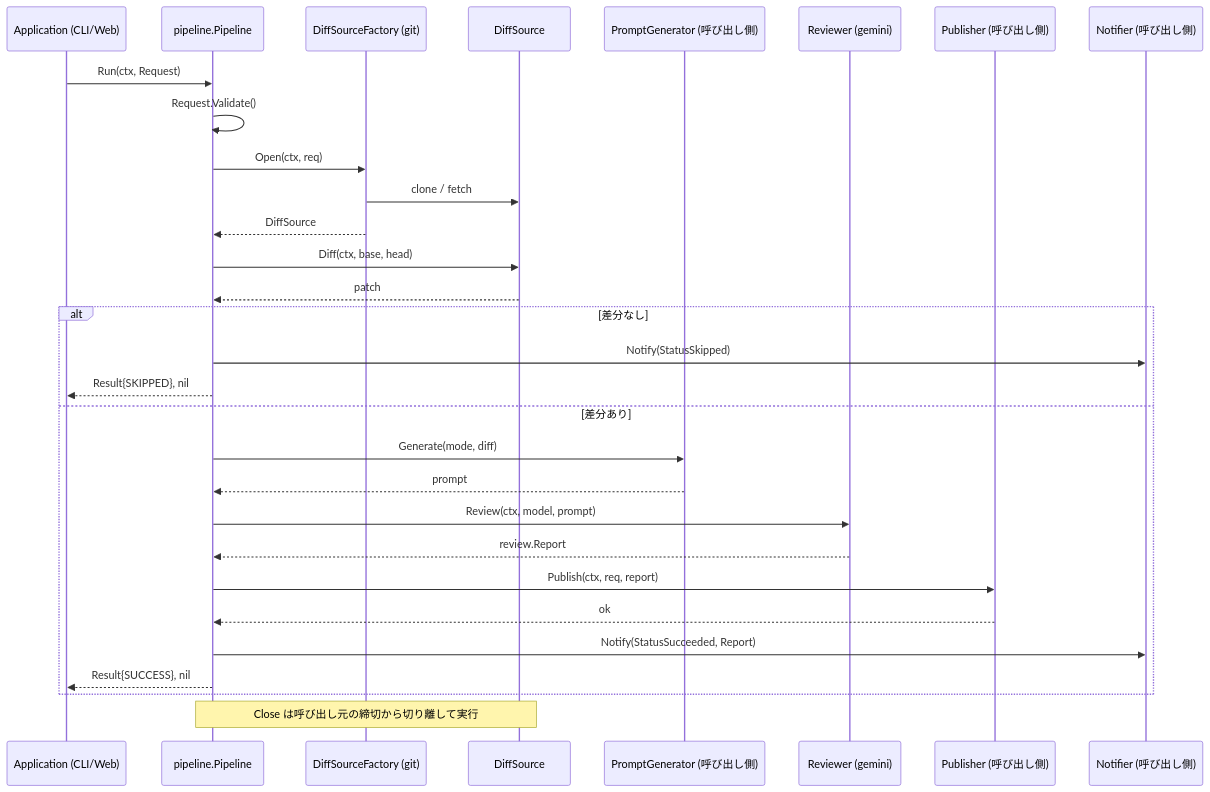
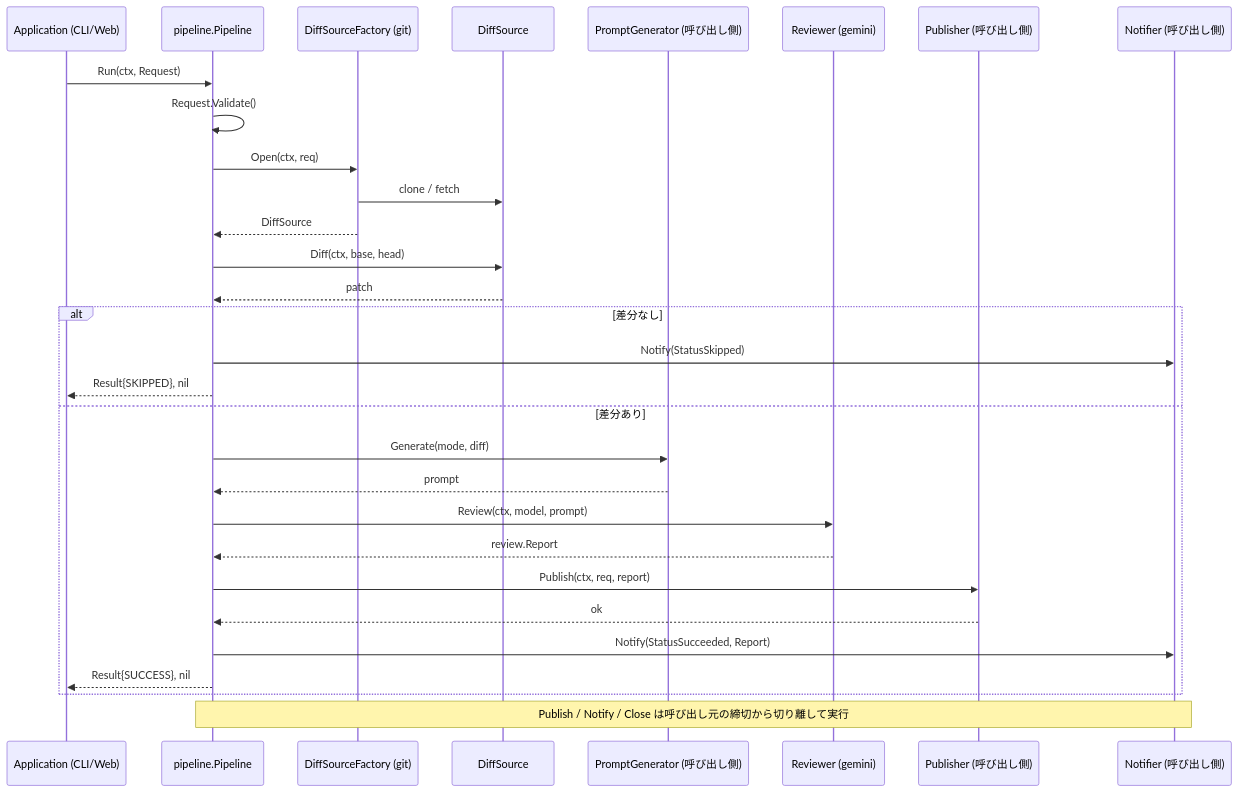
One commit to shouni/go-review-kit changed the diagram in README.md. Above: the diagram before and after it, drawn with Mermaid. The commit also changed other lines of this file and 1 other file, not shown here.

````diff
--- a/README.md
+++ b/README.md
@@ -181,35 +194,35 @@
 ```mermaid
 sequenceDiagram
     participant App as Application (CLI/Web)
     participant PL as pipeline.Pipeline
     participant SF as DiffSourceFactory (git)
     participant DS as DiffSource
     participant PG as PromptGenerator (呼び出し側)
     participant AI as Reviewer (gemini)
     participant PB as Publisher (呼び出し側)
     participant NT as Notifier (呼び出し側)
 
     App->>PL: Run(ctx, Request)
     PL->>PL: Request.Validate()
     PL->>SF: Open(ctx, req)
     SF->>DS: clone / fetch
     SF-->>PL: DiffSource
     PL->>DS: Diff(ctx, base, head)
     DS-->>PL: patch
 
     alt 差分なし
         PL->>NT: Notify(StatusSkipped)
         PL-->>App: Result{SKIPPED}, nil
     else 差分あり
         PL->>PG: Generate(mode, diff)
         PG-->>PL: prompt
         PL->>AI: Review(ctx, model, prompt)
         AI-->>PL: review.Report
         PL->>PB: Publish(ctx, req, report)
         PB-->>PL: ok
         PL->>NT: Notify(StatusSucceeded, Report)
         PL-->>App: Result{SUCCESS}, nil
     end
 
-    Note over PL,DS: Close は呼び出し元の締切から切り離して実行
+    Note over PL,NT: Publish / Notify / Close は呼び出し元の締切から切り離して実行
 ```
````
